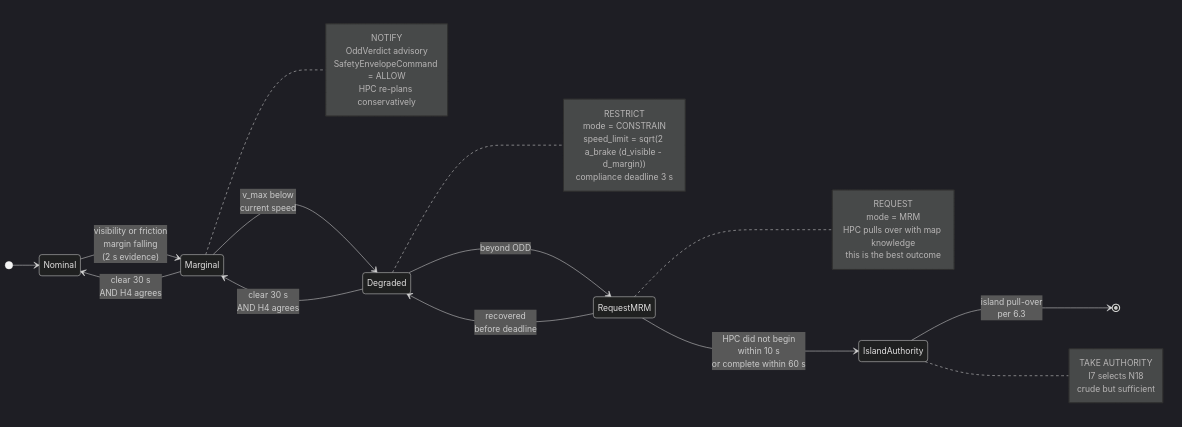
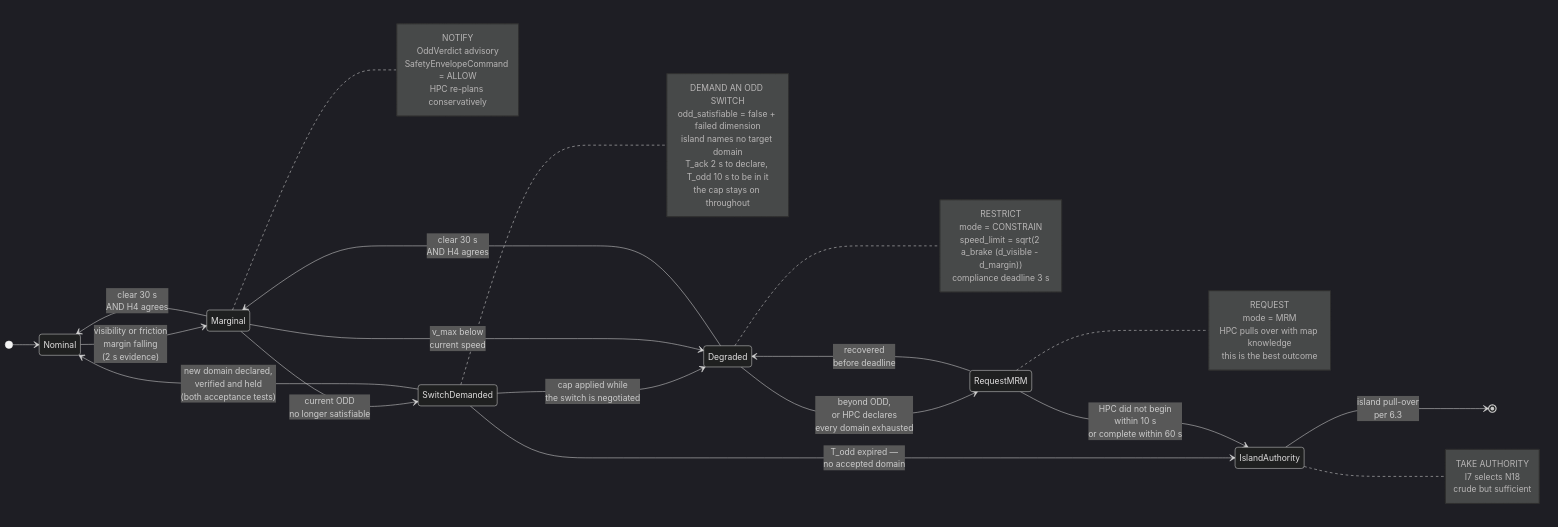
Before and after one commit to autowarefoundation/RFC_L4_SafetyIslandDesign: diagram 13 of 13 in docs/L4SafetyIsland_SoftwareDesign_GitHub.md, drawn with Mermaid (dark theme). The commit also changed other lines of this file and 8 other files, not shown here.

First line of the commit message:
Design version 20260918: B1 as an ODD switch, v_hold as a ramp, B3's own refuge

````diff
--- a/docs/L4SafetyIsland_SoftwareDesign_GitHub.md
+++ b/docs/L4SafetyIsland_SoftwareDesign_GitHub.md
@@ -2400,44 +2615,57 @@
 ```mermaid
 stateDiagram-v2
     direction LR
     [*] --> Nominal
 
     Nominal --> Marginal: visibility or friction<br/>margin falling<br/>(2 s evidence)
     Marginal --> Nominal: clear 30 s<br/>AND H4 agrees
 
+    Marginal --> SwitchDemanded: current ODD<br/>no longer satisfiable
+    SwitchDemanded --> Nominal: new domain declared,<br/>verified and held<br/>(both acceptance tests)
+    SwitchDemanded --> Degraded: cap applied while<br/>the switch is negotiated
+
     Marginal --> Degraded: v_max below<br/>current speed
     Degraded --> Marginal: clear 30 s<br/>AND H4 agrees
 
-    Degraded --> RequestMRM: beyond ODD
+    Degraded --> RequestMRM: beyond ODD,<br/>or HPC declares<br/>every domain exhausted
     RequestMRM --> Degraded: recovered<br/>before deadline
 
+    SwitchDemanded --> IslandAuthority: T_odd expired —<br/>no accepted domain
     RequestMRM --> IslandAuthority: HPC did not begin<br/>within 10 s<br/>or complete within 60 s
     IslandAuthority --> [*]: island pull-over<br/>per 6.3
 
     note right of Marginal
         NOTIFY
         OddVerdict advisory
         SafetyEnvelopeCommand = ALLOW
         HPC re-plans conservatively
+    end note
+
+    note right of SwitchDemanded
+        DEMAND AN ODD SWITCH
+        odd_satisfiable = false + failed dimension
+        island names no target domain
+        T_ack 2 s to declare, T_odd 10 s to be in it
+        the cap stays on throughout
     end note
 
     note right of Degraded
         RESTRICT
         mode = CONSTRAIN
         speed_limit = sqrt(2 a_brake (d_visible - d_margin))
         compliance deadline 3 s
     end note
 
     note right of RequestMRM
         REQUEST
         mode = MRM
         HPC pulls over with map knowledge
         this is the best outcome
     end note
 
     note right of IslandAuthority
         TAKE AUTHORITY
         I7 selects N18
         crude but sufficient
     end note
 ```
````
